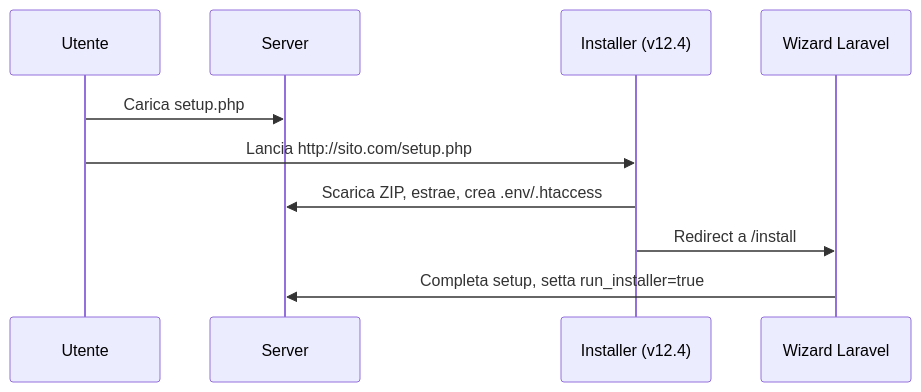
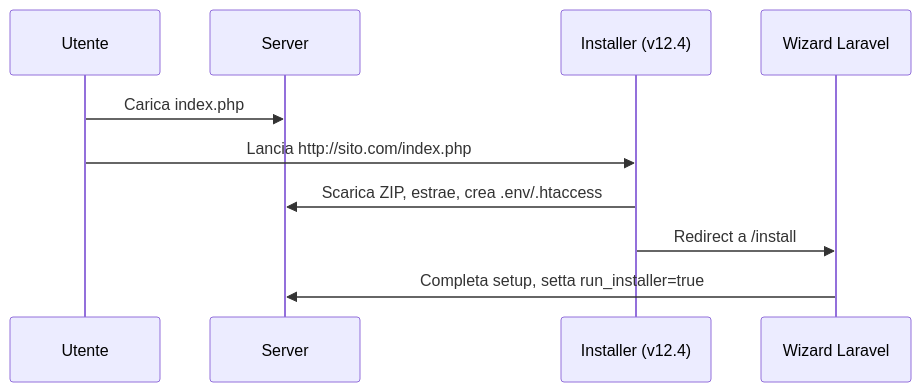
The first of 4 diagrams in docs/aggiornamento_universale.md (vince844/kondomanager-free), drawn with Mermaid before and after one commit. The commit also changed other lines of this file and 6 other files, not shown here.

````diff
--- a/docs/aggiornamento_universale.md
+++ b/docs/aggiornamento_universale.md
@@ -57,13 +57,13 @@
 ```mermaid
 sequenceDiagram
     participant U as Utente
     participant S as Server
     participant I as Installer (v12.4)
     participant W as Wizard Laravel
     
-    U->>S: Carica setup.php
-    U->>I: Lancia http://sito.com/setup.php
+    U->>S: Carica index.php
+    U->>I: Lancia http://sito.com/index.php
     I->>S: Scarica ZIP, estrae, crea .env/.htaccess
     I->>W: Redirect a /install
     W->>S: Completa setup, setta run_installer=true
 ```
````
